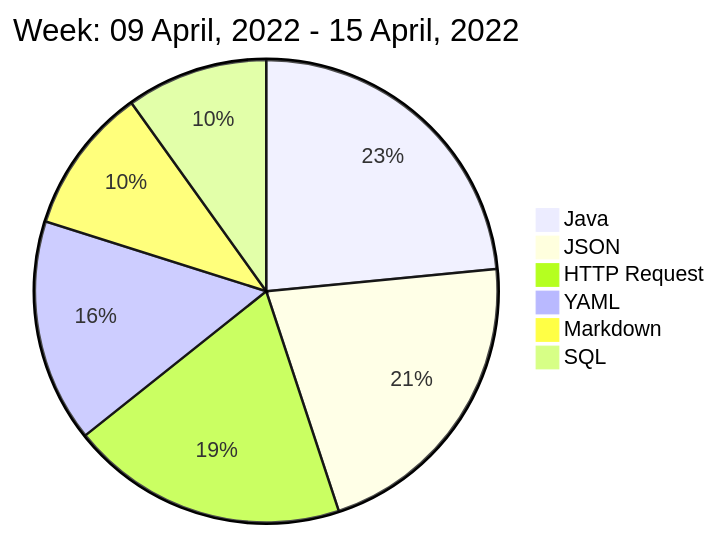
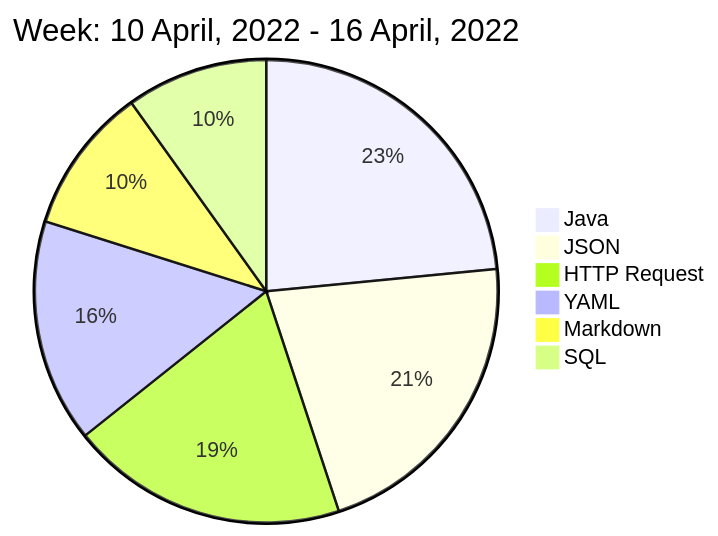
Before and after one commit to liubin95/liubin95: the diagram in README.md, drawn with Mermaid.

Commit message:
Updated the Graph with new Metrics

````diff
--- a/README.md
+++ b/README.md
@@ -40,10 +40,10 @@
 ```mermaid
  pie
-title Week: 09 April, 2022 - 15 April, 2022
+title Week: 10 April, 2022 - 16 April, 2022
  "Java" : 5.27
  "JSON" : 4.82
  "HTTP Request" : 4.35
  "YAML" : 3.5
  "Markdown" : 2.3
  "SQL" : 2.22
 ```
````
